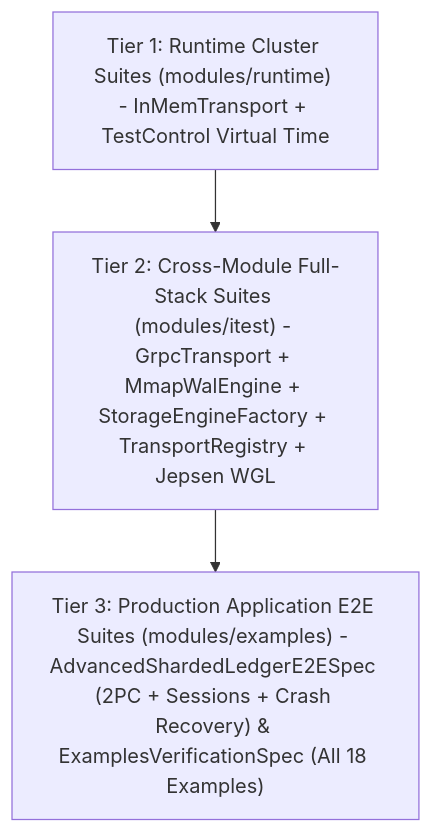
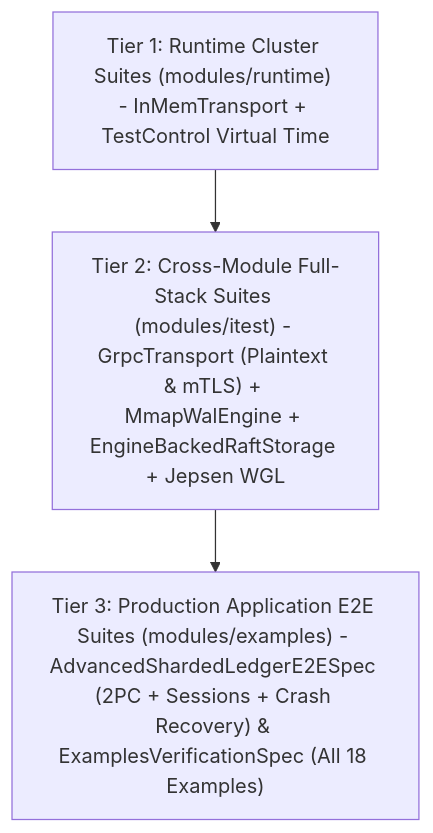
The fourth of 5 diagrams in docs/book/18-end-to-end-integration.md (bmscomp/raft), drawn with Mermaid before and after one commit. The commit also changed other lines of this file and 11 other files, not shown here.

Commit message:
feat(itest,transport-grpc,storage-mmap): add End-to-End Cluster Resilience, Sans-I/O WAL & Mutual TLS suite

````diff
--- a/docs/book/18-end-to-end-integration.md
+++ b/docs/book/18-end-to-end-integration.md
@@ -189,8 +215,8 @@
 ```mermaid
 flowchart TB
     T1["Tier 1: Runtime Cluster Suites (modules/runtime) - InMemTransport + TestControl Virtual Time"]
-    T2["Tier 2: Cross-Module Full-Stack Suites (modules/itest) - GrpcTransport + MmapWalEngine + StorageEngineFactory + TransportRegistry + Jepsen WGL"]
+    T2["Tier 2: Cross-Module Full-Stack Suites (modules/itest) - GrpcTransport (Plaintext & mTLS) + MmapWalEngine + EngineBackedRaftStorage + Jepsen WGL"]
     T3["Tier 3: Production Application E2E Suites (modules/examples) - AdvancedShardedLedgerE2ESpec (2PC + Sessions + Crash Recovery) & ExamplesVerificationSpec (All 18 Examples)"]
 
     T1 --> T2 --> T3
 ```
````
